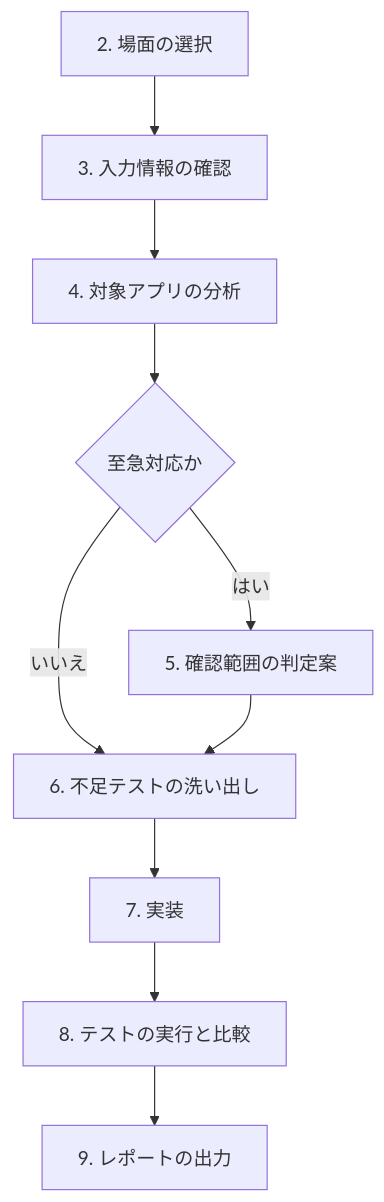
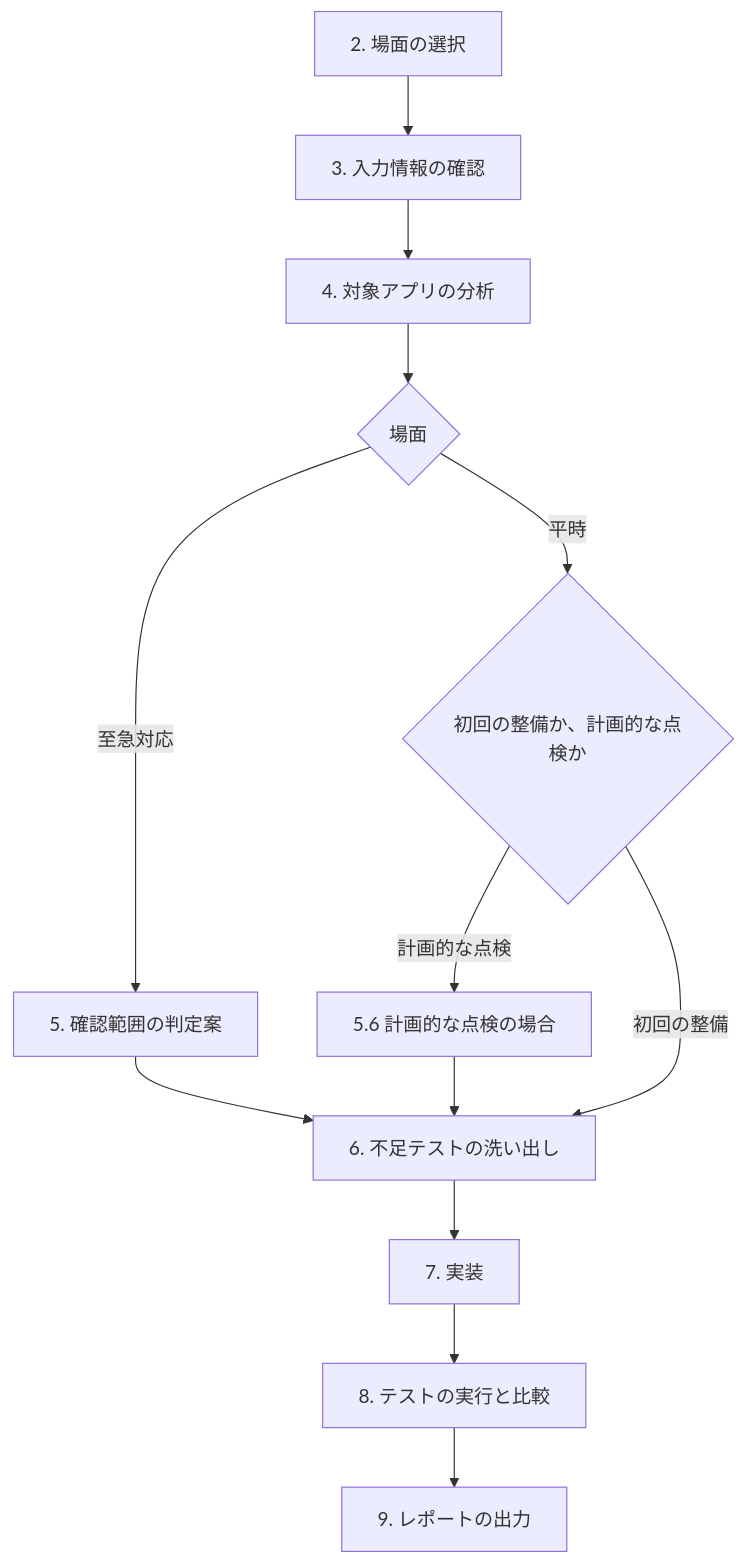
Before and after one commit to doikota/agent-skills: the diagram in .claude/skills/patch-regression-test/SKILL.md, drawn with Mermaid. The commit also changed other lines of this file and 6 other files, not shown here.

````diff
--- a/.claude/skills/patch-regression-test/SKILL.md
+++ b/.claude/skills/patch-regression-test/SKILL.md
@@ -60,12 +62,15 @@
 ```mermaid
 flowchart TD
   S2[2. 場面の選択] --> S3[3. 入力情報の確認]
   S3 --> S4[4. 対象アプリの分析]
-  S4 --> J{至急対応か}
-  J -- はい --> S5[5. 確認範囲の判定案]
-  J -- いいえ --> S6[6. 不足テストの洗い出し]
+  S4 --> J{場面}
+  J -- 至急対応 --> S5[5. 確認範囲の判定案]
+  J -- 平時 --> K{初回の整備か、計画的な点検か}
+  K -- 計画的な点検 --> S56[5.6 計画的な点検の場合]
+  K -- 初回の整備 --> S6[6. 不足テストの洗い出し]
   S5 --> S6
+  S56 --> S6
   S6 --> S7[7. 実装]
   S7 --> S8[8. テストの実行と比較]
   S8 --> S9[9. レポートの出力]
 ```
````
